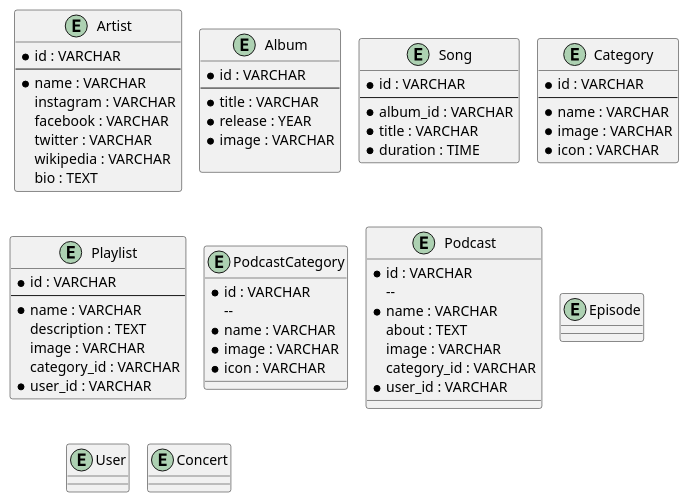
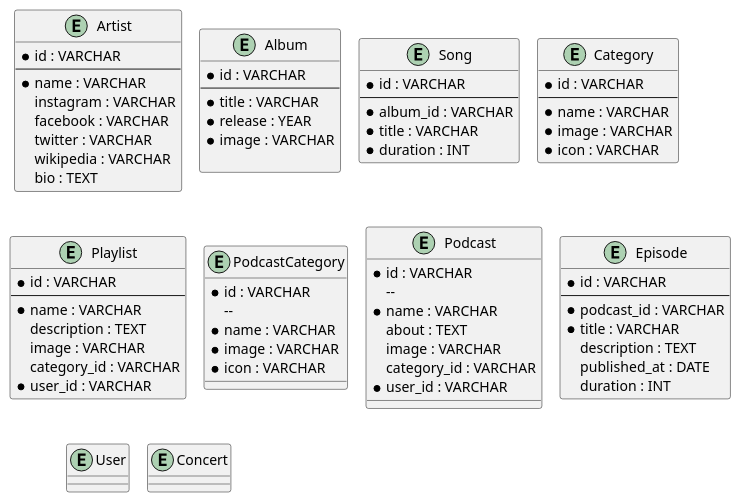
Before and after one commit to fkresna23/database-design-spotify: the diagram in spotify.puml, drawn with PlantUML.

Commit message:
Menentukan Attribute Entity Podcast

```diff
--- a/spotify.puml
+++ b/spotify.puml
@@ -1,78 +1,84 @@
 @startuml
 !pragma layout smetana
 entity Artist {
     * id : VARCHAR
     --
     * name : VARCHAR
     instagram : VARCHAR
     facebook : VARCHAR
     twitter : VARCHAR
     wikipedia : VARCHAR
     bio : TEXT
 }
 
 entity Album {
     * id : VARCHAR
     --
     * title : VARCHAR
     * release : YEAR
     * image : VARCHAR
 
 }
 
 entity Song {
     * id : VARCHAR
     --
     * album_id : VARCHAR
     * title : VARCHAR
-    * duration : TIME
+    * duration : INT
 }
 
 entity Category {
     * id : VARCHAR
     --
     * name : VARCHAR
     * image : VARCHAR
     * icon : VARCHAR
 }
 
 entity Playlist {
     * id : VARCHAR
     --
     * name : VARCHAR
     description : TEXT
     image : VARCHAR
     category_id : VARCHAR
     * user_id : VARCHAR
 }
 
 entity PodcastCategory {
      * id : VARCHAR
         --
      * name : VARCHAR
      * image : VARCHAR
      * icon : VARCHAR
 }
 
 entity Podcast {
     * id : VARCHAR
         --
     * name : VARCHAR
     about : TEXT
     image : VARCHAR
     category_id : VARCHAR
     * user_id : VARCHAR
 }
 
 entity Episode {
-
+    * id : VARCHAR
+    --
+    * podcast_id : VARCHAR
+    * title : VARCHAR
+    description : TEXT
+    published_at : DATE
+    duration : INT
 }
 
 entity User {
 
 }
 
 entity Concert {
 
 }
 @enduml
```
